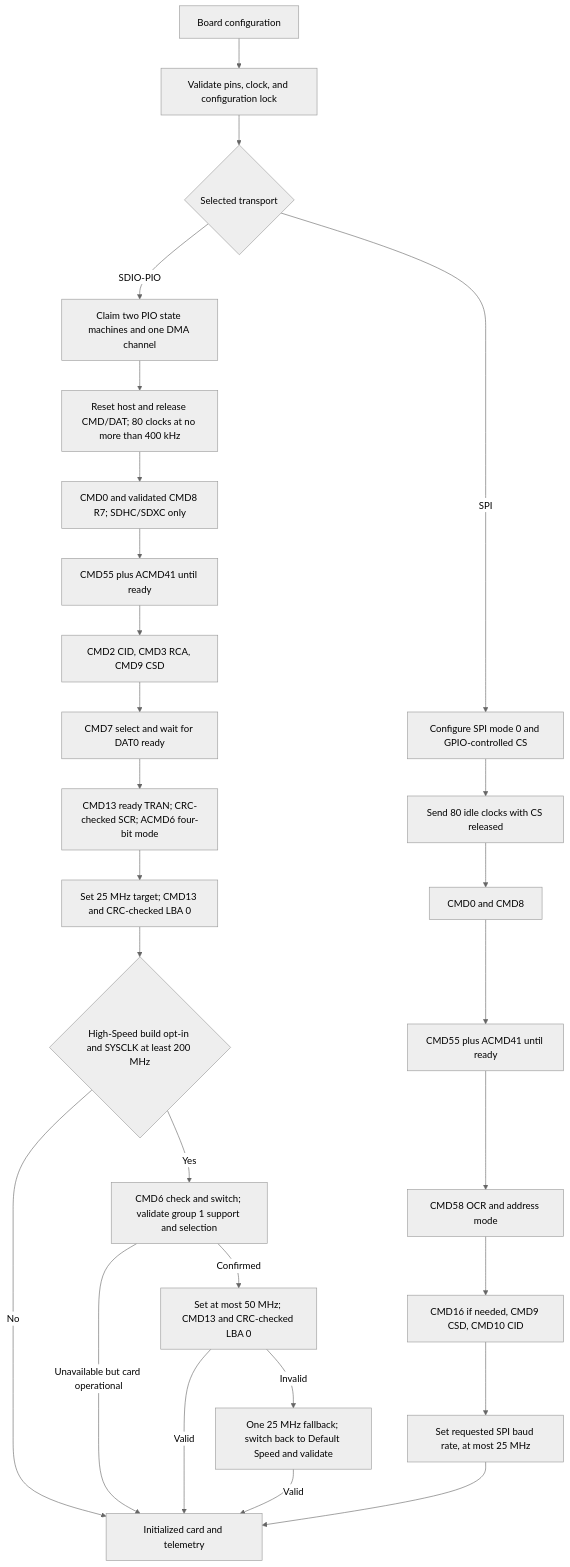
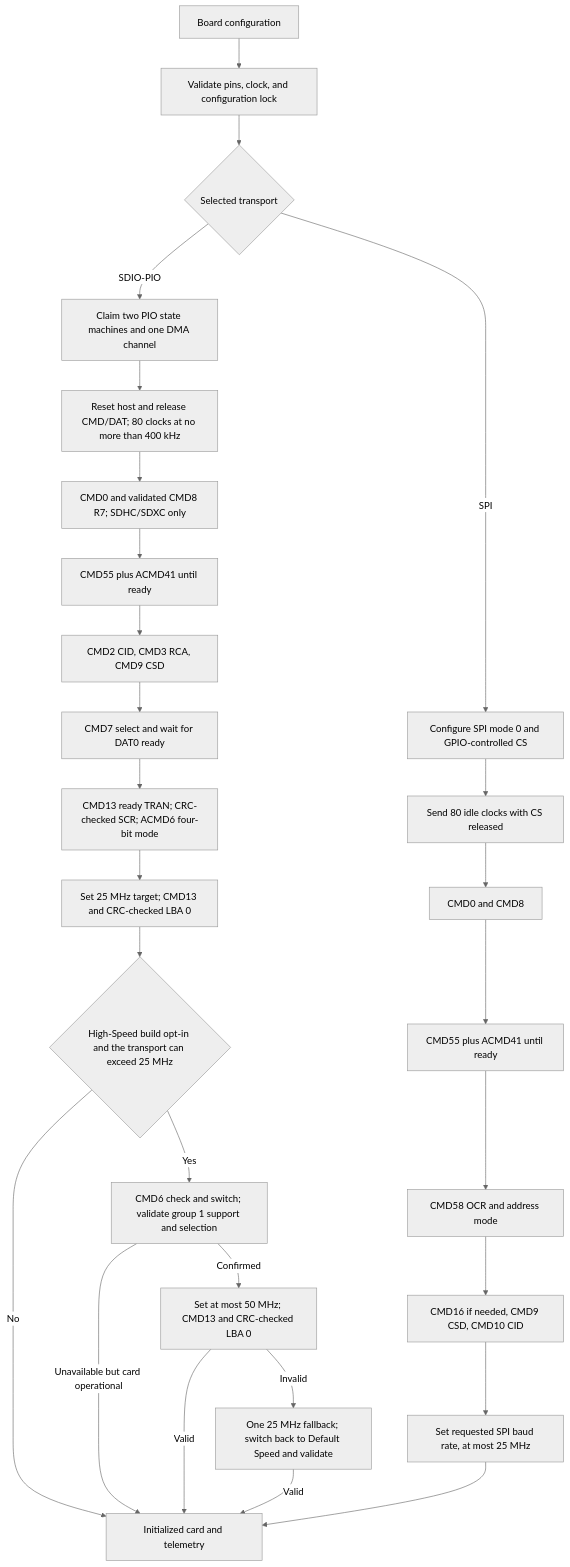
One commit to djwinter29-oss/PicoForge changed the second of 5 diagrams in docs/sdcard-design.md. Above: the diagram before and after it, drawn with Mermaid (neutral theme). The commit also changed other lines of this file and 12 other files, not shown here.

````diff
--- a/docs/sdcard-design.md
+++ b/docs/sdcard-design.md
@@ -292,29 +292,29 @@
 ```mermaid
 flowchart TD
     Start[Board configuration] --> Validate[Validate pins, clock, and configuration lock]
     Validate --> Transport{Selected transport}
     Transport -->|SDIO-PIO| Claim[Claim two PIO state machines and one DMA channel]
     Claim --> Idle[Reset host and release CMD/DAT; 80 clocks at no more than 400 kHz]
     Idle --> NativeReset[CMD0 and validated CMD8 R7; SDHC/SDXC only]
     NativeReset --> NativeReady[CMD55 plus ACMD41 until ready]
     NativeReady --> Identify[CMD2 CID, CMD3 RCA, CMD9 CSD]
     Identify --> Select[CMD7 select and wait for DAT0 ready]
     Select --> Width[CMD13 ready TRAN; CRC-checked SCR; ACMD6 four-bit mode]
     Width --> Speed[Set 25 MHz target; CMD13 and CRC-checked LBA 0]
-    Speed --> Policy{High-Speed build opt-in and SYSCLK at least 200 MHz}
+    Speed --> Policy{High-Speed build opt-in and the transport can exceed 25 MHz}
     Policy -->|No| Ready[Initialized card and telemetry]
     Policy -->|Yes| Switch[CMD6 check and switch; validate group 1 support and selection]
     Switch -->|Unavailable but card operational| Ready
     Switch -->|Confirmed| Fast[Set at most 50 MHz; CMD13 and CRC-checked LBA 0]
     Fast -->|Valid| Ready
     Fast -->|Invalid| Fallback[One 25 MHz fallback; switch back to Default Speed and validate]
     Fallback -->|Valid| Ready
     Transport -->|SPI| Setup[Configure SPI mode 0 and GPIO-controlled CS]
     Setup --> Clocks[Send 80 idle clocks with CS released]
     Clocks --> SPIReset[CMD0 and CMD8]
     SPIReset --> SPIReady[CMD55 plus ACMD41 until ready]
     SPIReady --> OCR[CMD58 OCR and address mode]
     OCR --> SPIIdentify[CMD16 if needed, CMD9 CSD, CMD10 CID]
     SPIIdentify --> SPISpeed[Set requested SPI baud rate, at most 25 MHz]
     SPISpeed --> Ready
 ```
````
